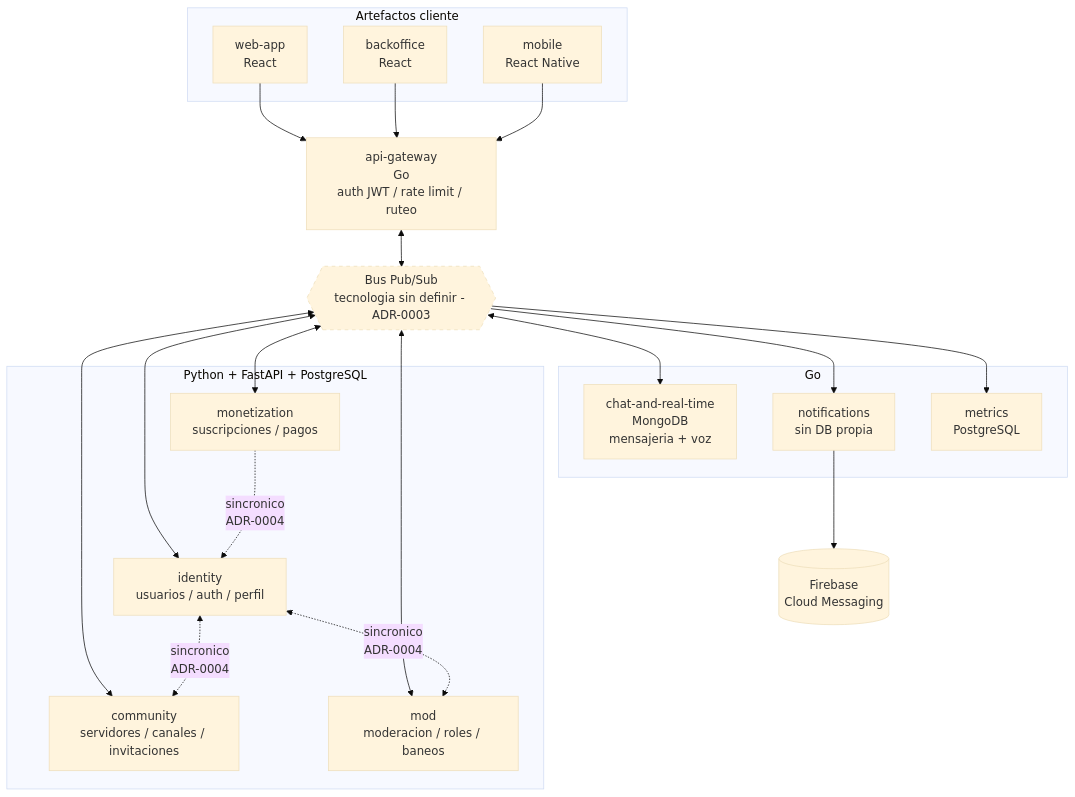
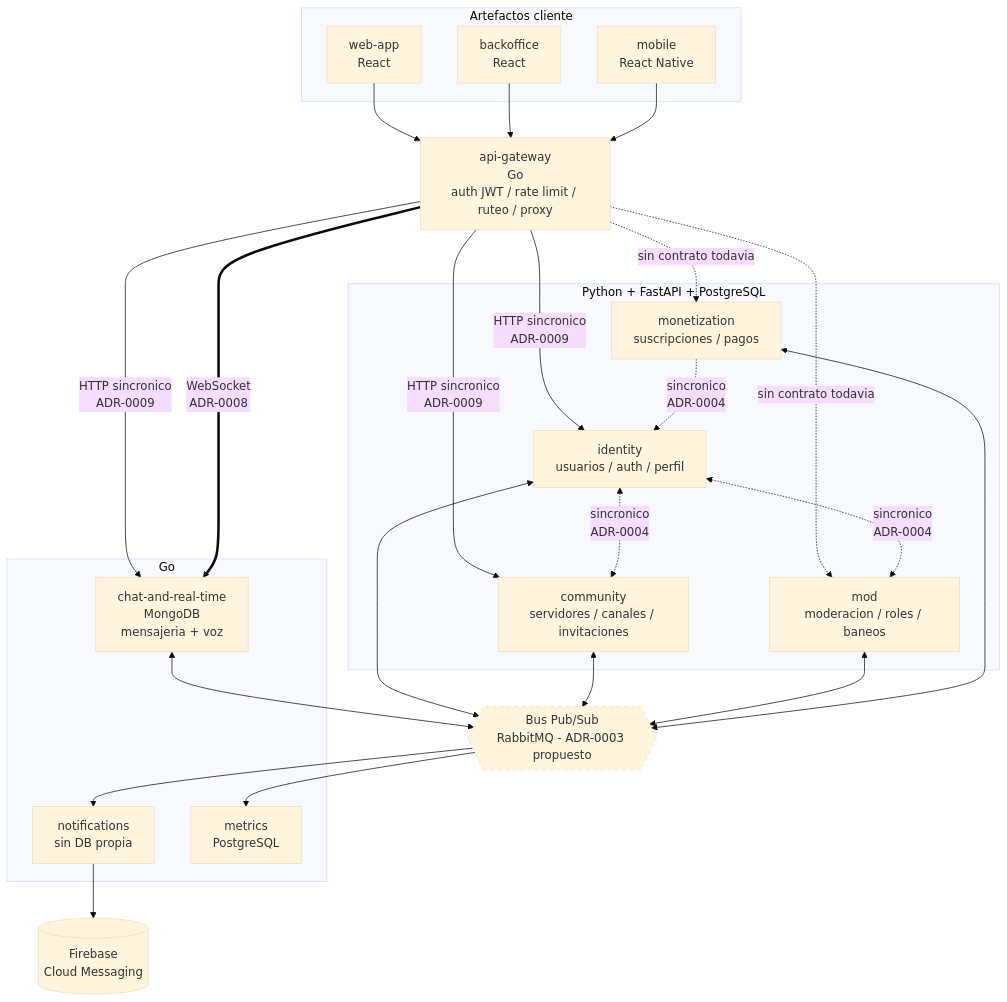
Before and after one commit to Discordia-Grupo-16/discordia-docs: the diagram in arquitectura/arquitectura-discordia.mmd, drawn with Mermaid (base theme).

Commit message:
docs(arquitectura): actualizar el diagrama al modelo de gateway proxy

```diff
--- a/arquitectura/arquitectura-discordia.mmd
+++ b/arquitectura/arquitectura-discordia.mmd
@@ -1,52 +1,61 @@
 %% Discordia - Arquitectura de alto nivel
 %% Fuente unica del diagrama. Editar aca, no en una imagen exportada.
-%% Ver: adr/0001, adr/0002, adr/0003, adr/0004
+%% Ver: adr/0001, adr/0002, adr/0003, adr/0004, adr/0008, adr/0009
+%% Dos caminos, y no hay que mezclarlos:
+%%   cliente -> gateway -> servicio : HTTP sincronico, el gateway hace de proxy (ADR-0009)
+%%   servicio -> bus -> consumidores: eventos, asincronico, unica via entre servicios
+%% El gateway no publica al bus: el evento lo publica el servicio dueno del recurso.
 
 flowchart TB
     subgraph clientes["Artefactos cliente"]
         web["web-app<br/>React"]
         bo["backoffice<br/>React"]
         mob["mobile<br/>React Native"]
     end
 
-    gw["api-gateway<br/>Go<br/>auth JWT / rate limit / ruteo"]
-
-    bus{{"Bus Pub/Sub<br/>tecnologia sin definir - ADR-0003"}}
+    gw["api-gateway<br/>Go<br/>auth JWT / rate limit / ruteo / proxy"]
 
     subgraph python["Python + FastAPI + PostgreSQL"]
         identity["identity<br/>usuarios / auth / perfil"]
         community["community<br/>servidores / canales / invitaciones"]
         mod["mod<br/>moderacion / roles / baneos"]
         monetization["monetization<br/>suscripciones / pagos"]
     end
 
     subgraph golang["Go"]
         chat["chat-and-real-time<br/>MongoDB<br/>mensajeria + voz"]
         notif["notifications<br/>sin DB propia"]
         metrics["metrics<br/>PostgreSQL"]
     end
 
+    bus{{"Bus Pub/Sub<br/>RabbitMQ - ADR-0003 propuesto"}}
+
     fcm[("Firebase<br/>Cloud Messaging")]
 
     web --> gw
     bo --> gw
     mob --> gw
 
-    gw <--> bus
+    gw -- "HTTP sincronico<br/>ADR-0009" --> identity
+    gw -- "HTTP sincronico<br/>ADR-0009" --> community
+    gw -- "HTTP sincronico<br/>ADR-0009" --> chat
+    gw == "WebSocket<br/>ADR-0008" ==> chat
+    gw -. "sin contrato todavia" .-> mod
+    gw -. "sin contrato todavia" .-> monetization
 
-    bus <--> identity
-    bus <--> community
-    bus <--> mod
-    bus <--> monetization
-    bus <--> chat
+    identity <--> bus
+    community <--> bus
+    mod <--> bus
+    monetization <--> bus
+    chat <--> bus
     bus --> notif
     bus --> metrics
 
     notif --> fcm
 
     identity <-. "sincronico<br/>ADR-0004" .-> community
     identity <-. "sincronico<br/>ADR-0004" .-> mod
     monetization -. "sincronico<br/>ADR-0004" .-> identity
 
     classDef pendiente stroke-dasharray: 5 5
     class bus pendiente
```
